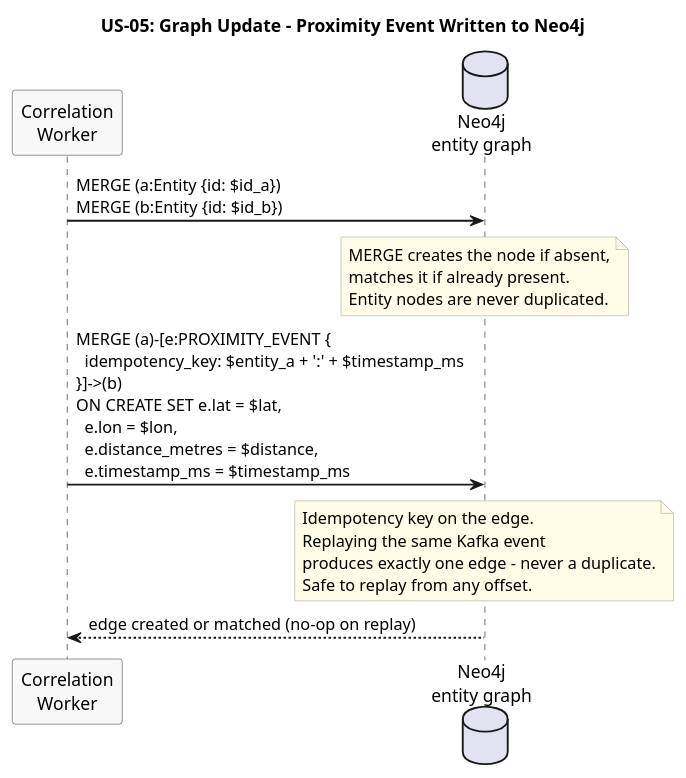
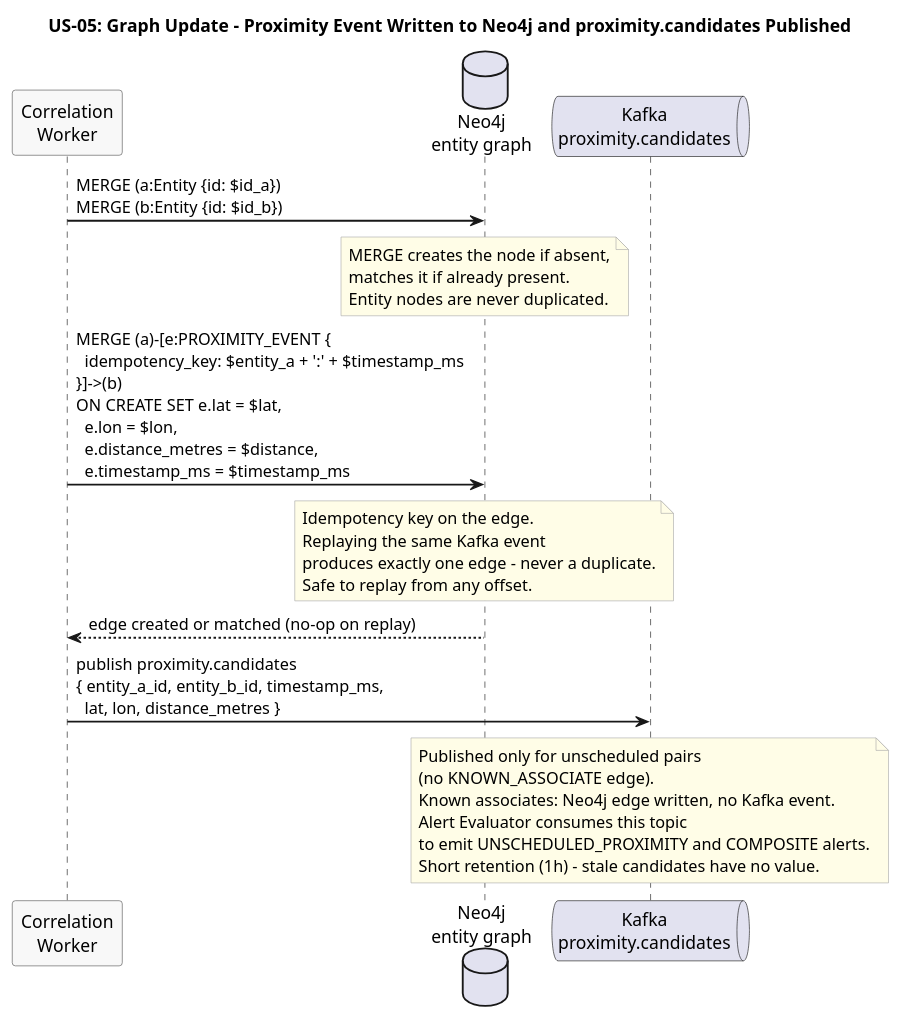
The diagram in docs/use-cases/US-05-unscheduled-proximity/graph-update.puml (Buffden/sentinel), drawn with PlantUML before and after one commit. The commit also changed 18 other files, not shown here.

Commit message:
introduce hybrid input model across all architecture docs

```diff
--- a/docs/use-cases/US-05-unscheduled-proximity/graph-update.puml
+++ b/docs/use-cases/US-05-unscheduled-proximity/graph-update.puml
@@ -1,32 +1,44 @@
 @startuml graph-update
-title US-05: Graph Update - Proximity Event Written to Neo4j
+title US-05: Graph Update - Proximity Event Written to Neo4j and proximity.candidates Published
 
 skinparam sequenceArrowThickness 1.5
 skinparam participantBorderColor #555555
 skinparam participantBackgroundColor #F8F8F8
 skinparam noteBorderColor #AAAAAA
 skinparam noteBackgroundColor #FFFDE7
 
 participant "Correlation\nWorker" as Correlation
 database "Neo4j\nentity graph" as Neo4j
+queue "Kafka\nproximity.candidates" as ProxKafka
 
 Correlation -> Neo4j : MERGE (a:Entity {id: $id_a})\nMERGE (b:Entity {id: $id_b})
 
 note over Neo4j
   MERGE creates the node if absent,
   matches it if already present.
   Entity nodes are never duplicated.
 end note
 
 Correlation -> Neo4j : MERGE (a)-[e:PROXIMITY_EVENT {\n  idempotency_key: $entity_a + ':' + $timestamp_ms\n}]->(b)\nON CREATE SET e.lat = $lat,\n  e.lon = $lon,\n  e.distance_metres = $distance,\n  e.timestamp_ms = $timestamp_ms
 
 note over Neo4j
   Idempotency key on the edge.
   Replaying the same Kafka event
   produces exactly one edge - never a duplicate.
   Safe to replay from any offset.
 end note
 
 Neo4j --> Correlation : edge created or matched (no-op on replay)
 
+Correlation -> ProxKafka : publish proximity.candidates\n{ entity_a_id, entity_b_id, timestamp_ms,\n  lat, lon, distance_metres }
+
+note over ProxKafka
+  Published only for unscheduled pairs
+  (no KNOWN_ASSOCIATE edge).
+  Known associates: Neo4j edge written, no Kafka event.
+  Alert Evaluator consumes this topic
+  to emit UNSCHEDULED_PROXIMITY and COMPOSITE alerts.
+  Short retention (1h) - stale candidates have no value.
+end note
+
 @enduml
```
